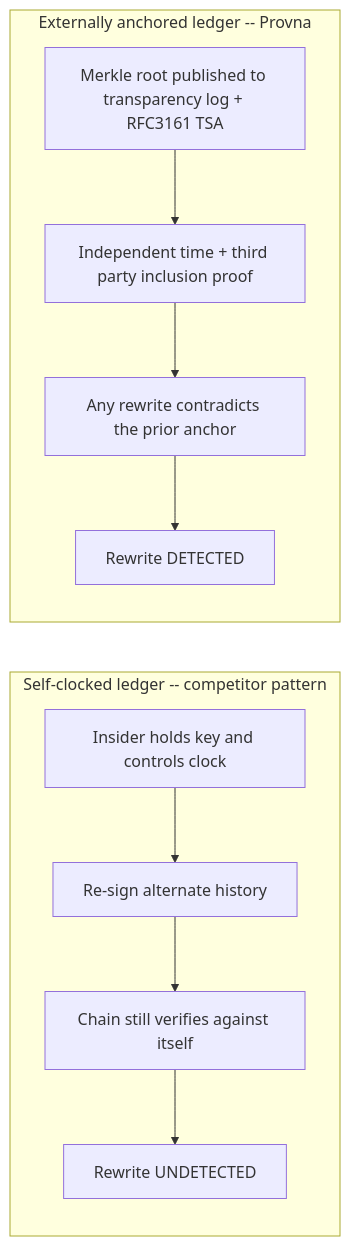
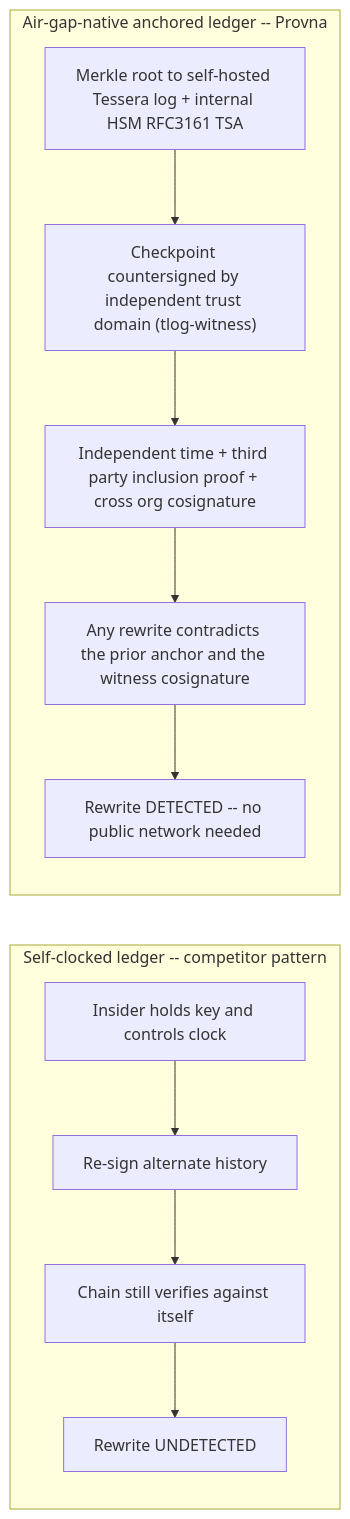
One commit to HodeTech/provna changed the third of 3 diagrams in docs/architecture/pillar-4-tamper-evident-audit.md. Above: the diagram before and after it, drawn with Mermaid. The commit also changed other lines of this file and 24 other files, not shown here.

````diff
--- a/docs/architecture/pillar-4-tamper-evident-audit.md
+++ b/docs/architecture/pillar-4-tamper-evident-audit.md
@@ -99,13 +104,14 @@
 ```mermaid
 flowchart LR
     subgraph SelfClocked["Self-clocked ledger -- competitor pattern"]
         I1["Insider holds key and controls clock"] --> I2["Re-sign alternate history"]
         I2 --> I3["Chain still verifies against itself"]
         I3 --> I4["Rewrite UNDETECTED"]
     end
-    subgraph Anchored["Externally anchored ledger -- Provna"]
-        P1["Merkle root published to transparency log + RFC3161 TSA"] --> P2["Independent time + third party inclusion proof"]
-        P2 --> P3["Any rewrite contradicts the prior anchor"]
-        P3 --> P4["Rewrite DETECTED"]
+    subgraph Anchored["Air-gap-native anchored ledger -- Provna"]
+        P1["Merkle root to self-hosted Tessera log + internal HSM RFC3161 TSA"] --> P1b["Checkpoint countersigned by independent trust domain (tlog-witness)"]
+        P1b --> P2["Independent time + third party inclusion proof + cross org cosignature"]
+        P2 --> P3["Any rewrite contradicts the prior anchor and the witness cosignature"]
+        P3 --> P4["Rewrite DETECTED -- no public network needed"]
     end
 ```
````
